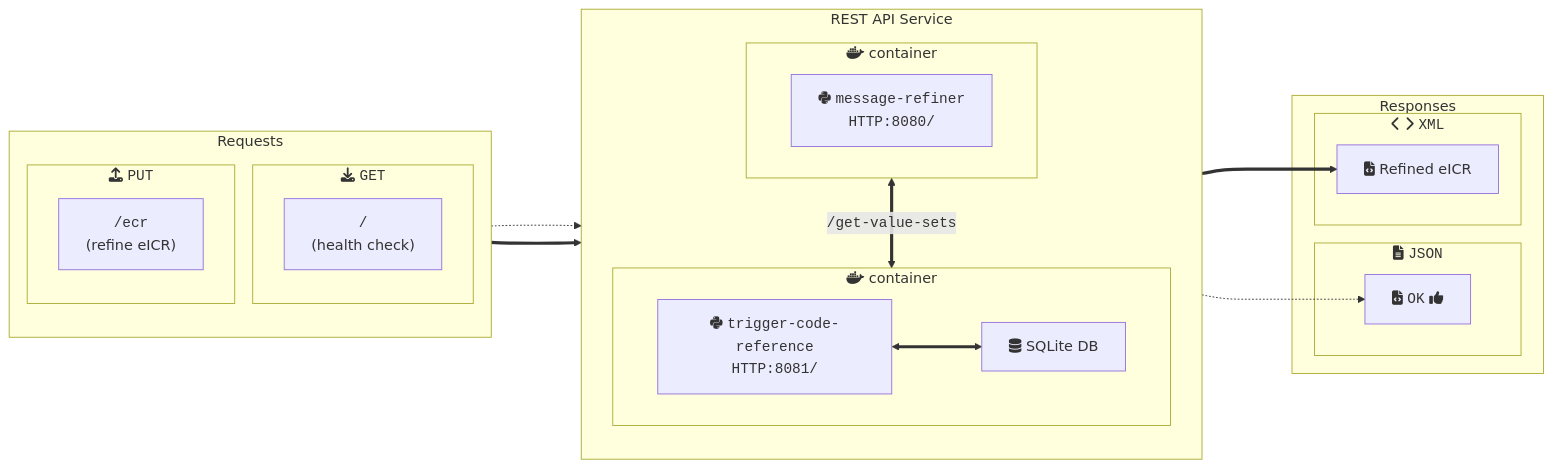
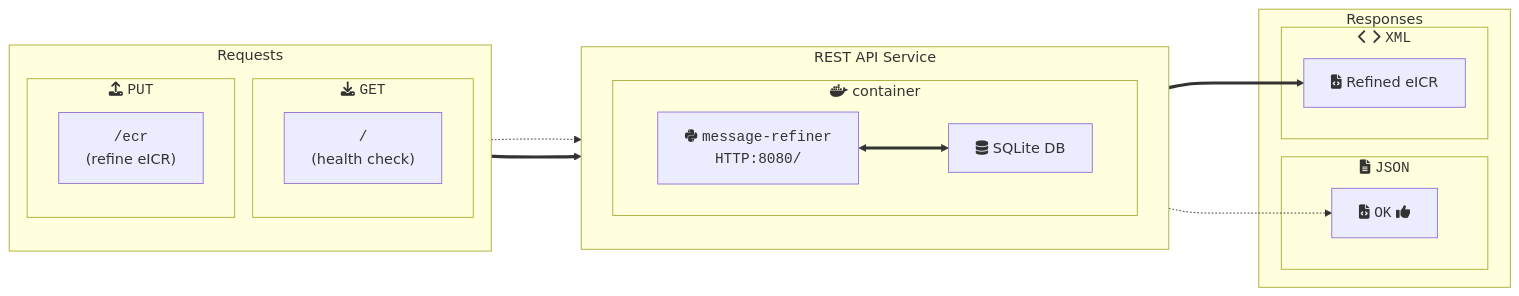
The diagram in refiner/README.md (CDCgov/dibbs-ecr-refiner), drawn with Mermaid before and after one commit. The commit also changed 1 other file, not shown here.

Commit message:
docs(refiner): Update the diagram & link to steps; (#158)

````diff
--- a/refiner/README.md
+++ b/refiner/README.md
@@ -50,37 +50,34 @@
 ```mermaid
 flowchart LR
 
 subgraph requests["Requests"]
 direction TB
 subgraph GET["fas:fa-download <code>GET</code>"]
 hc["<code>/</code>\n(health check)"]
 end
 subgraph PUT["fas:fa-upload <code>PUT</code>"]
 ecr["<code>/ecr</code>\n(refine eICR)"]
 end
 end
 
 subgraph service[REST API Service]
 direction TB
 subgraph mr["fab:fa-docker container"]
 refiner["fab:fa-python <code>message-refiner<br>HTTP:8080/</code>"]
+refiner <==> db["fas:fa-database SQLite DB"]
 end
-subgraph tcr["fab:fa-docker container"]
-tcr-service["fab:fa-python <code>trigger-code-reference<br>HTTP:8081/</code>"] <==> db["fas:fa-database SQLite DB"]
-end
-mr <==> |<code>/get-value-sets</code>| tcr
 end
 
 subgraph response["Responses"]
 subgraph JSON["fa:fa-file-alt <code>JSON</code>"]
 rsp-hc["fa:fa-file-code <code>OK</code> fa:fa-thumbs-up"]
 end
 subgraph XML["fas:fa-chevron-left fas:fa-chevron-right <code>XML</code>"]
 rsp-ecr["fas:fa-file-code Refined eICR"]
 end
 end
 
 hc -.-> mr -.-> rsp-hc
 ecr ===> mr ===> rsp-ecr
 
 ```
````
